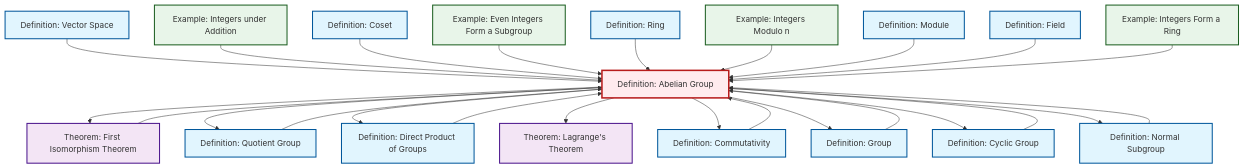
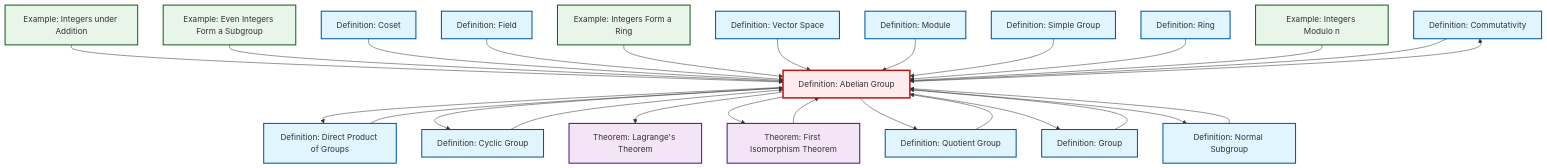
One commit to RK0429/ModernMath changed the diagram in output/mermaid/def-abelian-group.mermaid. Above: the diagram before and after it, drawn with Mermaid. The commit also changed 554 other files, not shown here.

```diff
--- a/output/mermaid/def-abelian-group.mermaid
+++ b/output/mermaid/def-abelian-group.mermaid
@@ -1,50 +1,52 @@
 %%| fig-cap: "Local dependency graph"
 graph TD
     classDef definition fill:#e1f5fe,stroke:#01579b,stroke-width:2px
     classDef theorem fill:#f3e5f5,stroke:#4a148c,stroke-width:2px
     classDef axiom fill:#fff3e0,stroke:#e65100,stroke-width:2px
     classDef example fill:#e8f5e9,stroke:#1b5e20,stroke-width:2px
     classDef current fill:#ffebee,stroke:#b71c1c,stroke-width:3px
-    def-abelian-group["Definition: Abelian Group"]:::definition
+    def-commutativity["Definition: Commutativity"]:::definition
+    def-module["Definition: Module"]:::definition
+    ex-integers-addition["Example: Integers under Addition"]:::example
+    thm-lagrange["Theorem: Lagrange's Theorem"]:::theorem
+    ex-quotient-integers-mod-n["Example: Integers Modulo n"]:::example
     def-cyclic-group["Definition: Cyclic Group"]:::definition
+    def-group["Definition: Group"]:::definition
     def-quotient-group["Definition: Quotient Group"]:::definition
     def-field["Definition: Field"]:::definition
+    def-abelian-group["Definition: Abelian Group"]:::definition
     def-coset["Definition: Coset"]:::definition
     thm-first-isomorphism["Theorem: First Isomorphism Theorem"]:::theorem
     def-ring["Definition: Ring"]:::definition
-    def-group["Definition: Group"]:::definition
-    def-normal-subgroup["Definition: Normal Subgroup"]:::definition
-    ex-integers-ring["Example: Integers Form a Ring"]:::example
-    thm-lagrange["Theorem: Lagrange's Theorem"]:::theorem
-    def-module["Definition: Module"]:::definition
-    ex-even-integers-subgroup["Example: Even Integers Form a Subgroup"]:::example
-    def-commutativity["Definition: Commutativity"]:::definition
-    ex-integers-addition["Example: Integers under Addition"]:::example
-    ex-quotient-integers-mod-n["Example: Integers Modulo n"]:::example
     def-direct-product["Definition: Direct Product of Groups"]:::definition
     def-vector-space["Definition: Vector Space"]:::definition
+    ex-even-integers-subgroup["Example: Even Integers Form a Subgroup"]:::example
+    def-simple-group["Definition: Simple Group"]:::definition
+    ex-integers-ring["Example: Integers Form a Ring"]:::example
+    def-normal-subgroup["Definition: Normal Subgroup"]:::definition
+    def-abelian-group --> def-commutativity
     def-normal-subgroup --> def-abelian-group
+    ex-integers-addition --> def-abelian-group
+    ex-even-integers-subgroup --> def-abelian-group
+    def-coset --> def-abelian-group
+    def-abelian-group --> def-direct-product
+    def-field --> def-abelian-group
+    ex-integers-ring --> def-abelian-group
+    def-vector-space --> def-abelian-group
+    def-abelian-group --> def-cyclic-group
+    def-abelian-group --> thm-lagrange
+    def-cyclic-group --> def-abelian-group
     def-abelian-group --> thm-first-isomorphism
+    def-module --> def-abelian-group
+    def-group --> def-abelian-group
+    def-simple-group --> def-abelian-group
     thm-first-isomorphism --> def-abelian-group
+    def-ring --> def-abelian-group
     def-abelian-group --> def-quotient-group
-    def-abelian-group --> def-direct-product
-    def-vector-space --> def-abelian-group
-    ex-integers-addition --> def-abelian-group
-    def-group --> def-abelian-group
-    def-coset --> def-abelian-group
     def-direct-product --> def-abelian-group
-    def-cyclic-group --> def-abelian-group
-    ex-even-integers-subgroup --> def-abelian-group
-    def-ring --> def-abelian-group
-    def-abelian-group --> thm-lagrange
     ex-quotient-integers-mod-n --> def-abelian-group
-    def-module --> def-abelian-group
-    def-abelian-group --> def-commutativity
-    def-field --> def-abelian-group
     def-abelian-group --> def-group
+    def-commutativity --> def-abelian-group
+    def-abelian-group --> def-normal-subgroup
     def-quotient-group --> def-abelian-group
-    def-commutativity --> def-abelian-group
-    ex-integers-ring --> def-abelian-group
-    def-abelian-group --> def-cyclic-group
-    def-abelian-group --> def-normal-subgroup
     class def-abelian-group current
```
